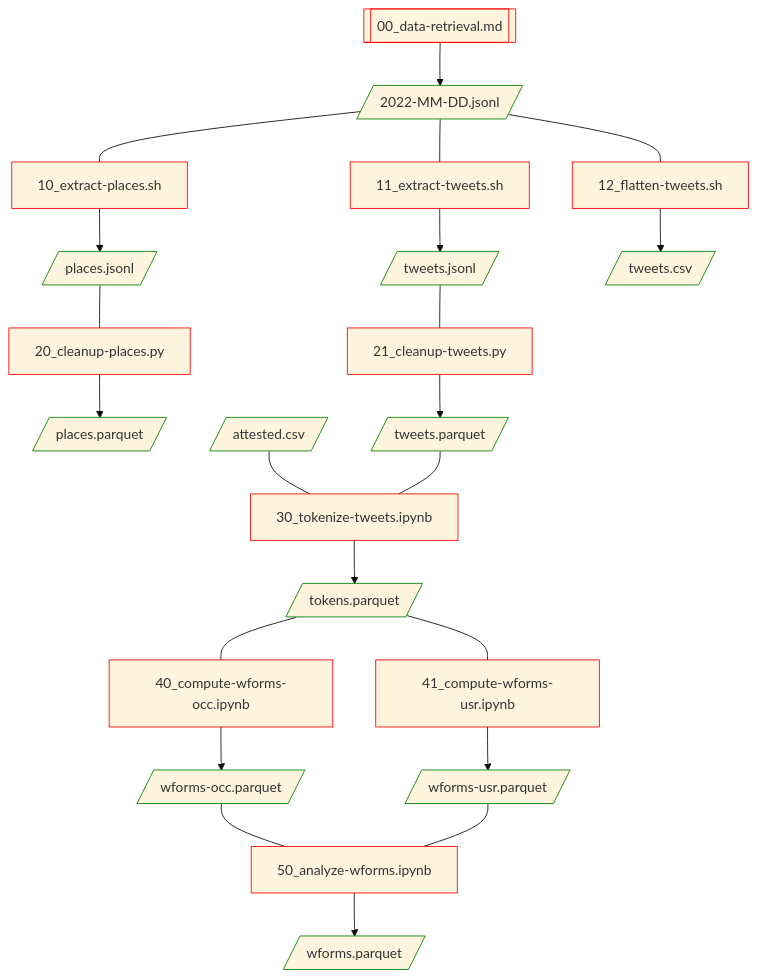
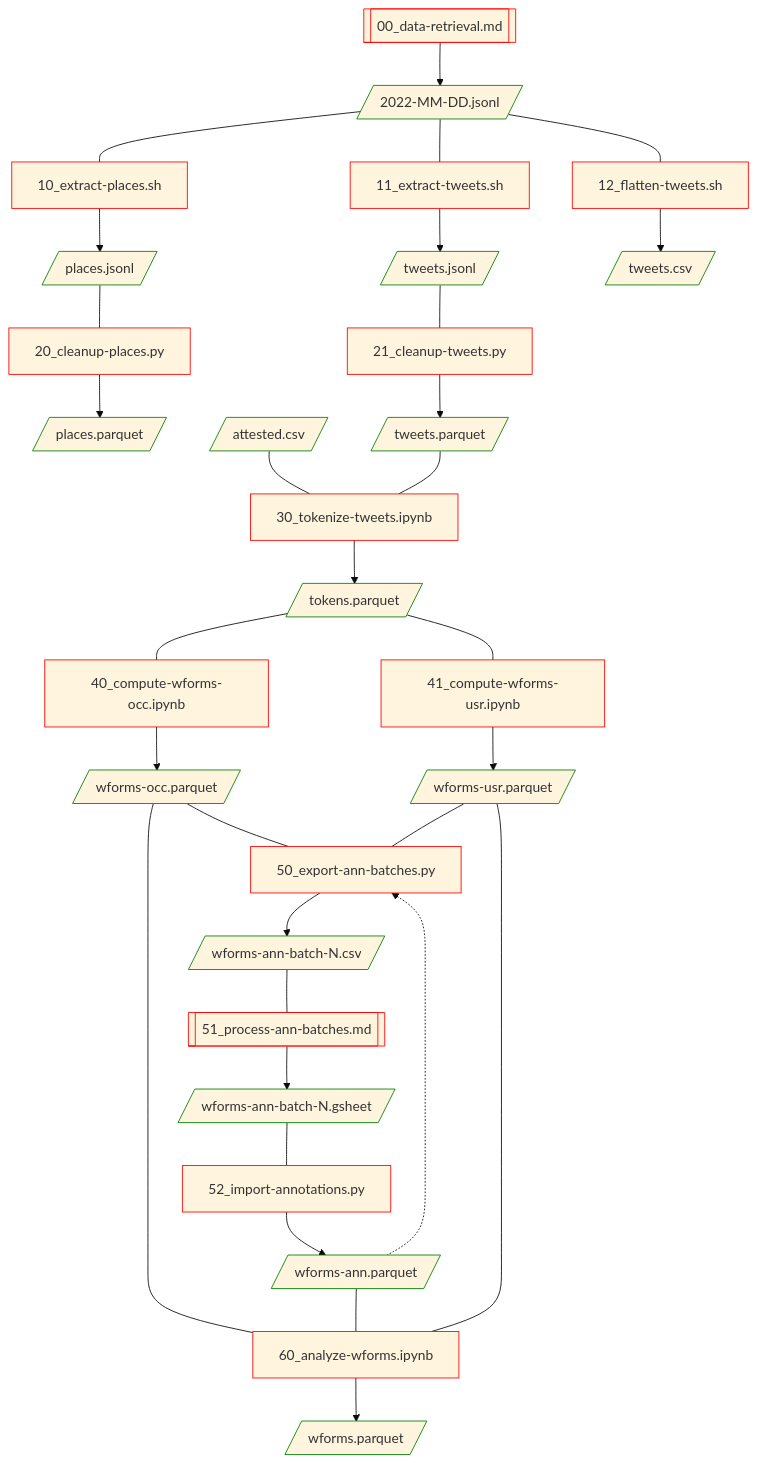
Before and after one commit to breviloquia-italica/pipeline: the diagram in README.md, drawn with Mermaid (base theme).

Commit message:
Update flowchart

````diff
--- a/README.md
+++ b/README.md
@@ -3,35 +3,49 @@
 ```mermaid
 flowchart TD;
 
 00[[00_data-retrieval.md]]:::code;
 00 --> 2022-MM-DD.jsonl[/2022-MM-DD.jsonl/]:::data;
 
 10[10_extract-places.sh]:::code;
 11[11_extract-tweets.sh]:::code;
 12[12_flatten-tweets.sh]:::code;
 2022-MM-DD.jsonl --- 10 --> places.jsonl[/places.jsonl/]:::data;
 2022-MM-DD.jsonl --- 11 --> tweets.jsonl[/tweets.jsonl/]:::data;
 2022-MM-DD.jsonl --- 12 --> tweets.csv[/tweets.csv/]:::data;
 
 20[20_cleanup-places.py]:::code;
 21[21_cleanup-tweets.py]:::code;
 places.jsonl --- 20 --> places.parquet[/places.parquet/]:::data;
 tweets.jsonl --- 21 --> tweets.parquet[/tweets.parquet/]:::data;
 
 30[30_tokenize-tweets.ipynb]:::code;
 attested.csv[/attested.csv/]:::data --- 30;
 tweets.parquet --- 30 --> tokens.parquet[/tokens.parquet/]:::data;
 
 40[40_compute-wforms-occ.ipynb]:::code;
 tokens.parquet --- 40 --> wforms-occ.parquet[/wforms-occ.parquet/]:::data;
 
 41[41_compute-wforms-usr.ipynb]:::code;
 tokens.parquet --- 41 --> wforms-usr.parquet[/wforms-usr.parquet/]:::data;
 
-50[50_analyze-wforms.ipynb]:::code;
+50[50_export-ann-batches.py]:::code;
 wforms-occ.parquet --- 50;
-wforms-usr.parquet --- 50 --> wforms.parquet[/wforms.parquet/]:::data;
+wforms-usr.parquet --- 50;
+50 --> wforms-ann-batch-N.csv[/"wforms-ann-batch-N.csv"/]:::data;
+
+51[[51_process-ann-batches.md]]:::code;
+wforms-ann-batch-N.csv --- 51 --> wforms-ann-batch-N.gsheet[/wforms-ann-batch-N.gsheet/]:::data;
+wforms-ann.parquet -.-> 50;
+
+52[52_import-annotations.py]:::code;
+wforms-ann-batch-N.gsheet --- 52 --> wforms-ann.parquet[/wforms-ann.parquet/]:::data;
+
+60[60_analyze-wforms.ipynb]:::code;
+wforms-occ.parquet --- 60;
+wforms-ann.parquet --- 60;
+wforms-usr.parquet --- 60;
+60 --> wforms.parquet[/wforms.parquet/]:::data;
 
 classDef code stroke:red;
 classDef data stroke:green,shape:rectangle;
 ```
````
